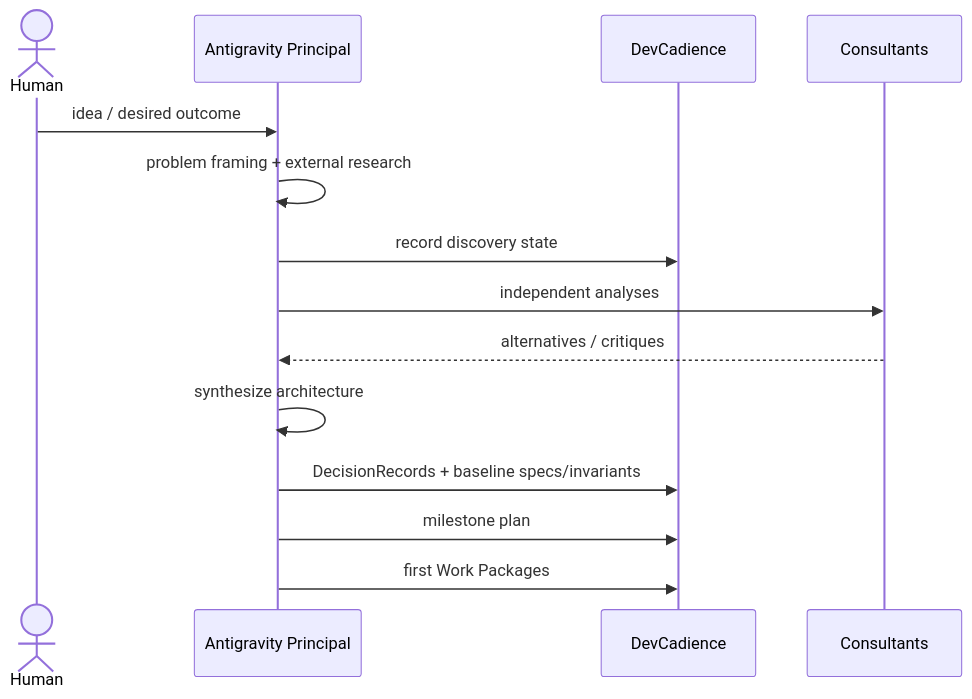
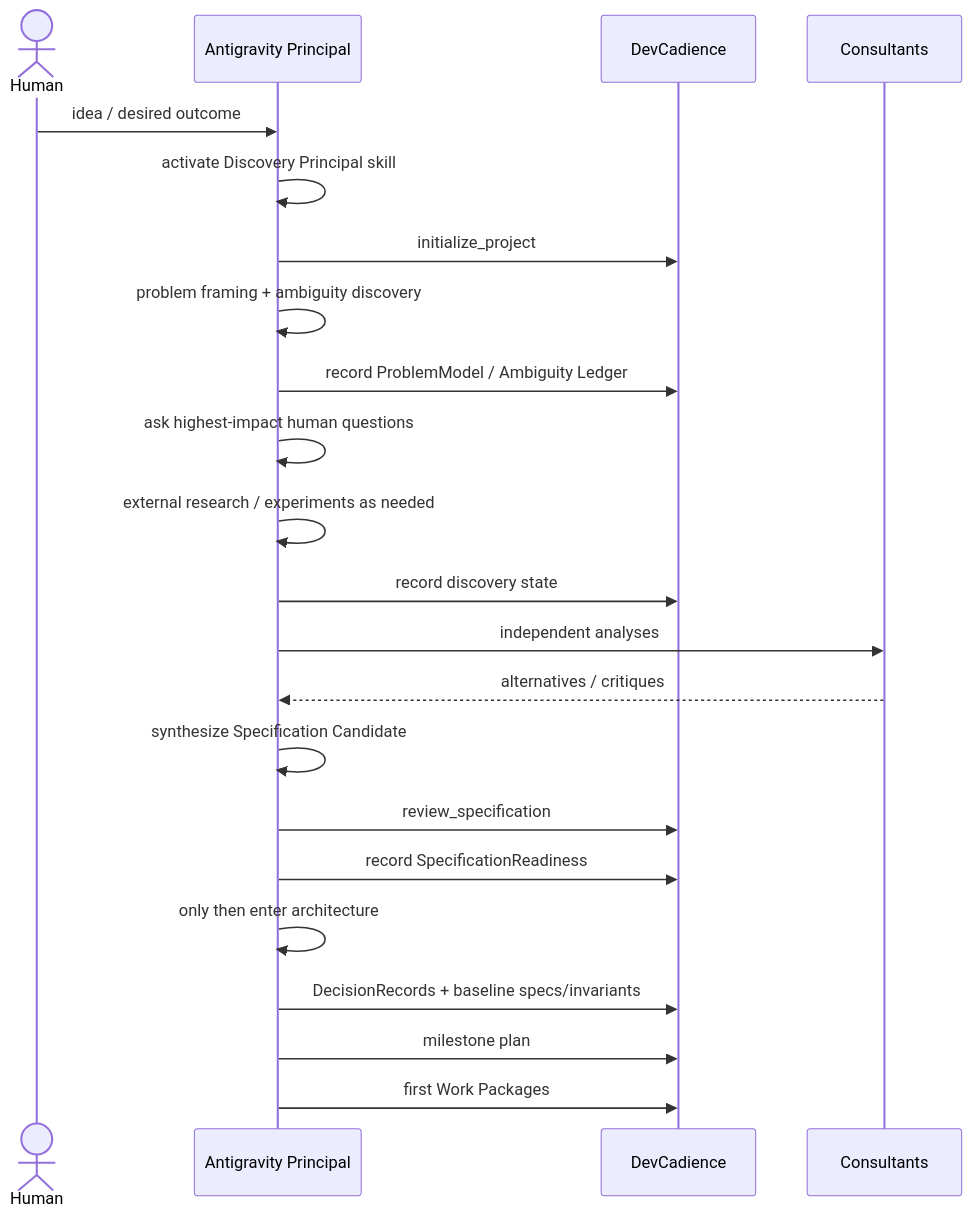
The third of 4 diagrams in docs/ANTIGRAVITY_INTEGRATION.md (olostan/DevCadence), drawn with Mermaid before and after one commit. The commit also changed other lines of this file, not shown here.

Commit message:
docs: define Antigravity discovery-principal workflow

````diff
--- a/docs/ANTIGRAVITY_INTEGRATION.md
+++ b/docs/ANTIGRAVITY_INTEGRATION.md
@@ -398,17 +414,25 @@
 ```mermaid
 sequenceDiagram
     actor H as Human
     participant P as Antigravity Principal
     participant D as DevCadience
     participant C as Consultants
 
     H->>P: idea / desired outcome
-    P->>P: problem framing + external research
+    P->>P: activate Discovery Principal skill
+    P->>D: initialize_project
+    P->>P: problem framing + ambiguity discovery
+    P->>D: record ProblemModel / Ambiguity Ledger
+    P->>P: ask highest-impact human questions
+    P->>P: external research / experiments as needed
     P->>D: record discovery state
     P->>C: independent analyses
     C-->>P: alternatives / critiques
-    P->>P: synthesize architecture
+    P->>P: synthesize Specification Candidate
+    P->>D: review_specification
+    P->>D: record SpecificationReadiness
+    P->>P: only then enter architecture
     P->>D: DecisionRecords + baseline specs/invariants
     P->>D: milestone plan
     P->>D: first Work Packages
 ```
````
